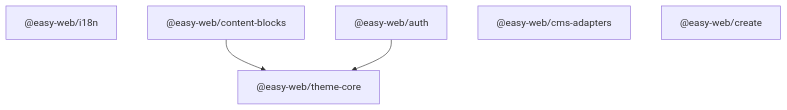
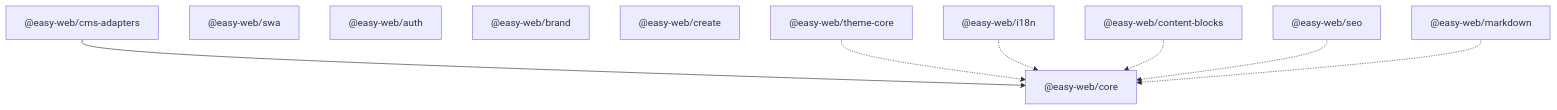
One commit to achimismaili/easy-web changed the first of 2 diagrams in apps/docs/src/content/docs/architecture/index.mdx. Above: the diagram before and after it, drawn with Mermaid. The commit also changed other lines of this file and 16 other files, not shown here.

Commit message:
docs: document @easy-web/core, content contracts and the migration path

````diff
--- a/apps/docs/src/content/docs/architecture/index.mdx
+++ b/apps/docs/src/content/docs/architecture/index.mdx
@@ -25,12 +33,21 @@
 ```mermaid
 graph TD
+    CORE["@easy-web/core"]
+    CMS["@easy-web/cms-adapters"]
+    SWA["@easy-web/swa"]
+    AUTH["@easy-web/auth"]
+    BRAND["@easy-web/brand"]
+    CLI["@easy-web/create"]
     TC["@easy-web/theme-core"]
     I18N["@easy-web/i18n"]
     CB["@easy-web/content-blocks"]
-    AUTH["@easy-web/auth"]
-    CMS["@easy-web/cms-adapters"]
-    CLI["@easy-web/create"]
+    SEO["@easy-web/seo"]
+    MD["@easy-web/markdown"]
 
-    CB --> TC
-    AUTH --> TC
+    CMS --> CORE
+    TC -.-> CORE
+    I18N -.-> CORE
+    CB -.-> CORE
+    SEO -.-> CORE
+    MD -.-> CORE
 ```
````
